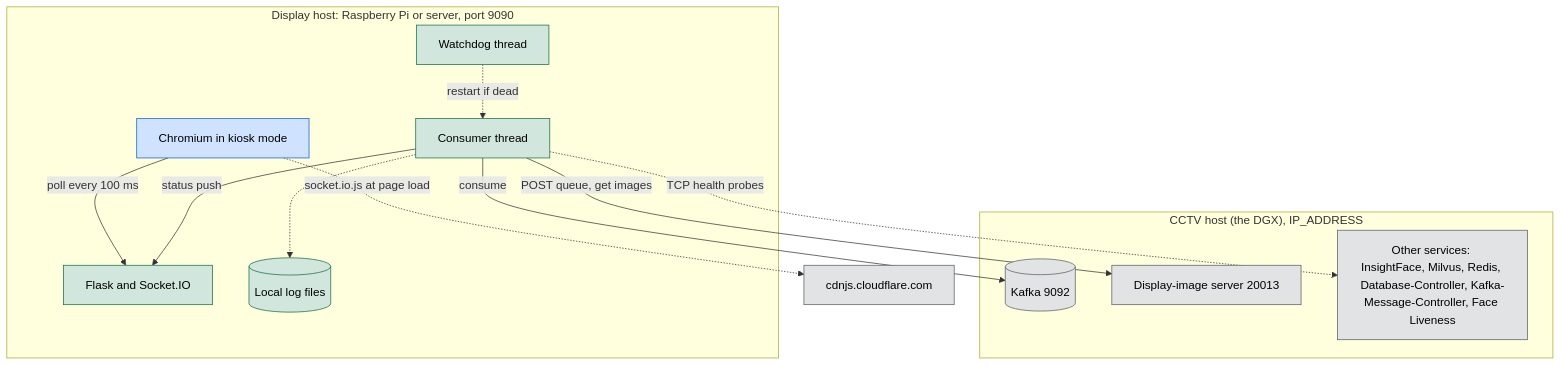
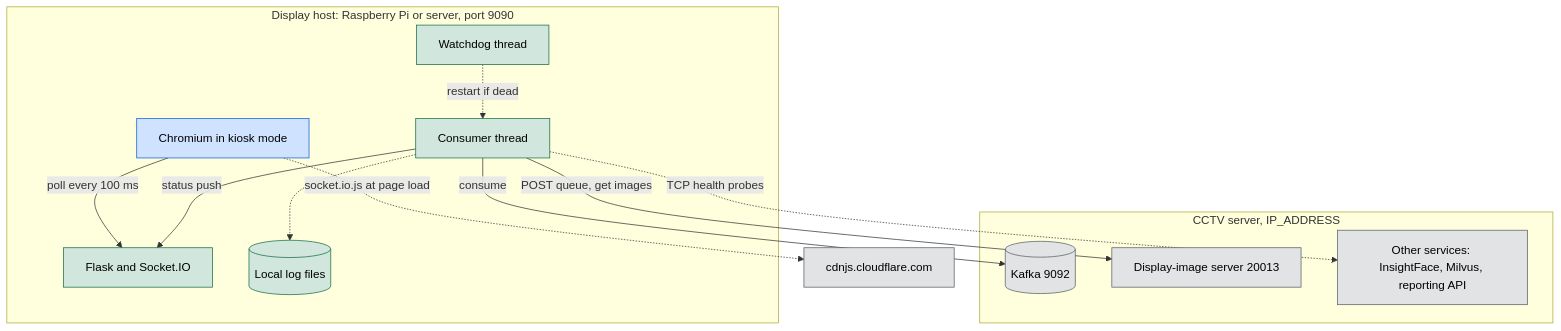
Before and after one commit to hamza-aziz-ai/Kafka-WebApp: the first of 3 diagrams in docs/ARCHITECTURE.md, drawn with Mermaid. The commit also changed other lines of this file and 24 other files, not shown here.

First line of the commit message:
feat: show every camera with a status strip, Kafka login, host health checks and the new design (#10)

````diff
--- a/docs/ARCHITECTURE.md
+++ b/docs/ARCHITECTURE.md
@@ -36,29 +37,29 @@
 ```mermaid
 flowchart TD
     subgraph display["`Display host: Raspberry Pi or server, port 9090`"]
         K["`Chromium in kiosk mode`"]:::person
         W["`Flask and Socket.IO`"]:::code
         C["`Consumer thread`"]:::code
         D["`Watchdog thread`"]:::code
         L[("`Local log files`")]:::code
     end
-    subgraph dgx["`CCTV host (the DGX), IP_ADDRESS`"]
+    subgraph server["`CCTV server, IP_ADDRESS`"]
         Q[("`Kafka 9092`")]:::outside
         I["`Display-image server 20013`"]:::outside
-        S["`Other services: InsightFace, Milvus, Redis, Database-Controller, Kafka-Message-Controller, Face Liveness`"]:::outside
+        S["`Other services: InsightFace, Milvus, reporting API`"]:::outside
     end
     N["`cdnjs.cloudflare.com`"]:::outside
 
     K -->|"poll every 100 ms"| W
     K -.->|"socket.io.js at page load"| N
     C -->|"status push"| W
     C -->|"consume"| Q
     C -->|"POST queue, get images"| I
     C -.->|"TCP health probes"| S
     C -.-> L
     D -.->|"restart if dead"| C
 
     classDef person fill:#cfe2ff,stroke:#0b5ed7,color:#000
     classDef code fill:#d1e7dd,stroke:#146c43,color:#000
     classDef outside fill:#e2e3e5,stroke:#565e64,color:#000
 ```
````
